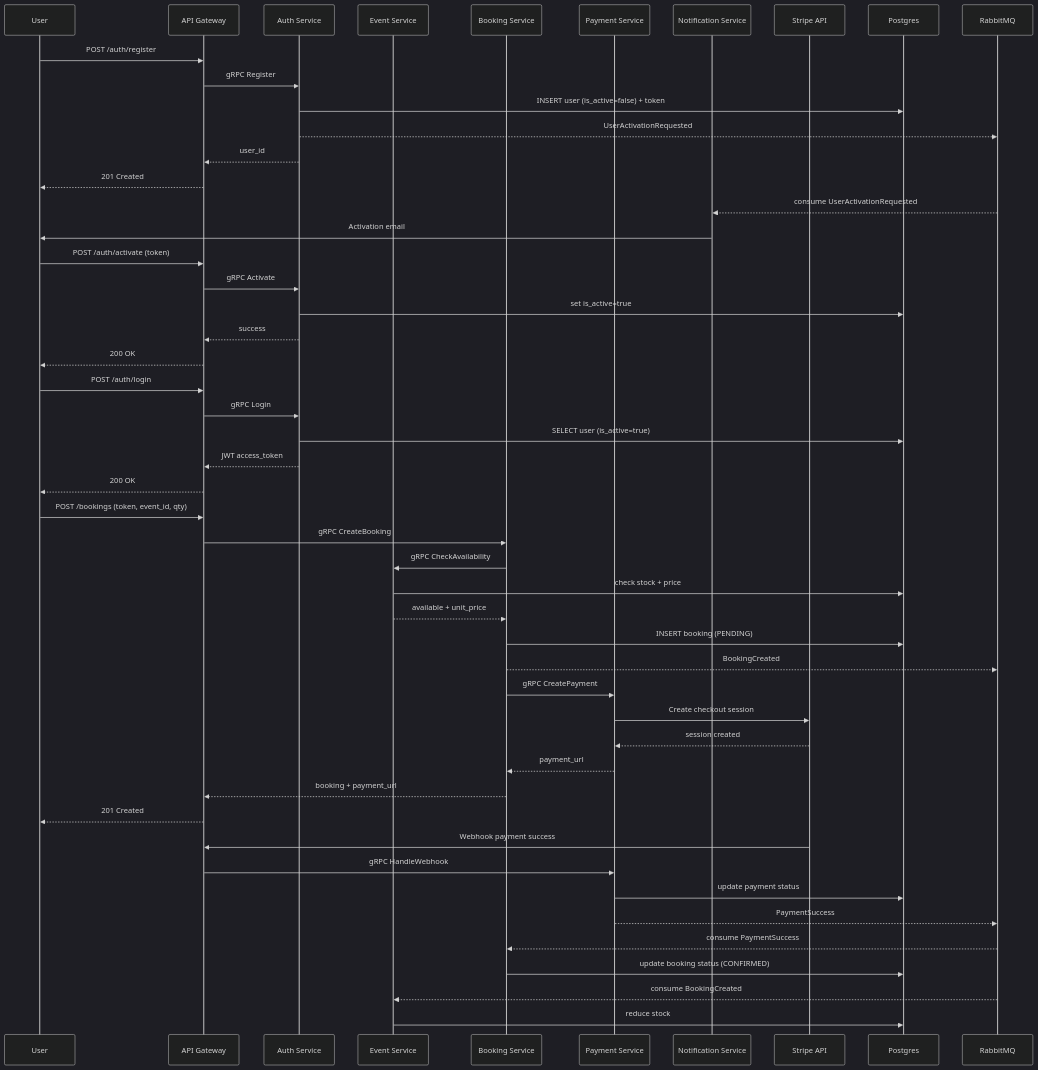
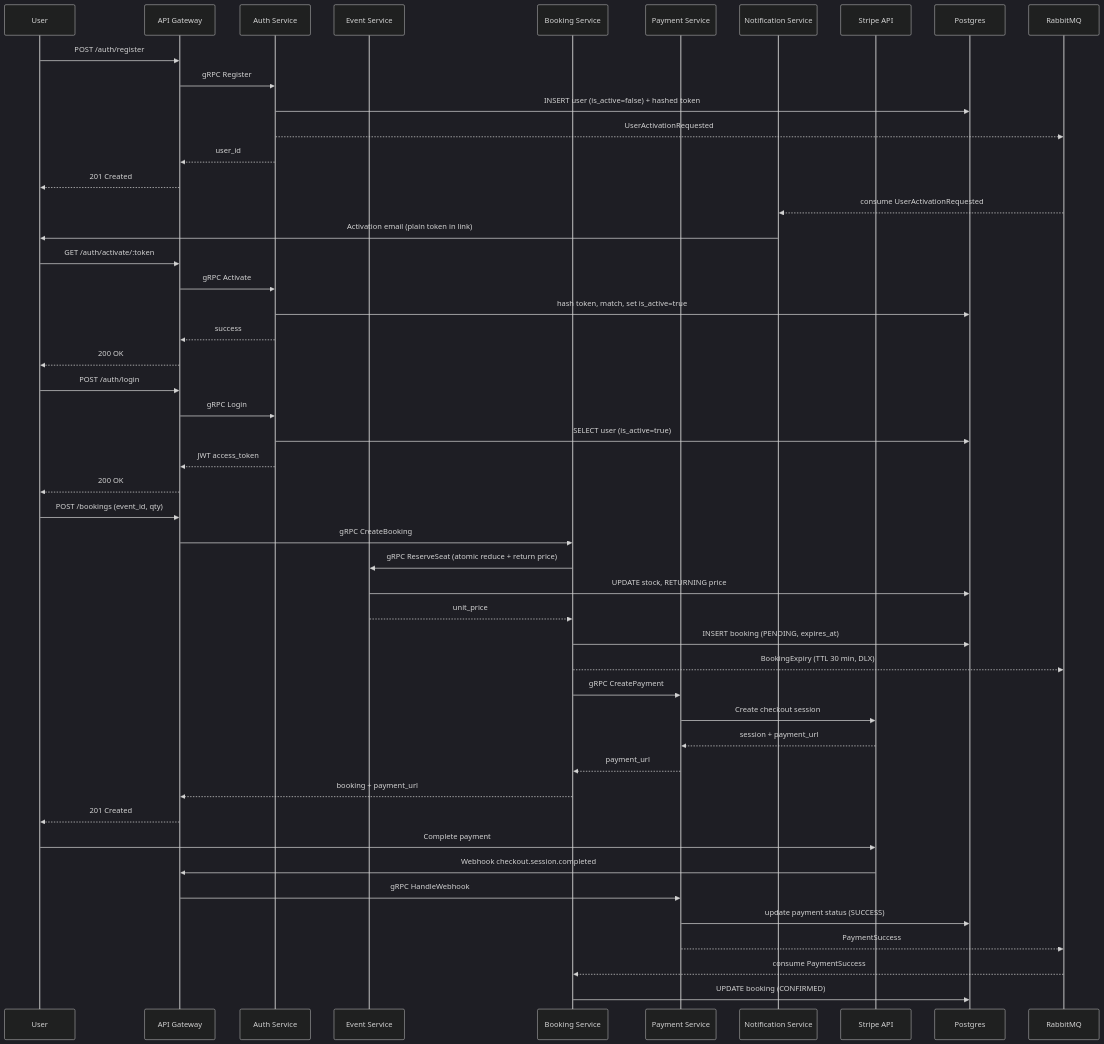
Before and after one commit to baobei23/e-ticket: the diagram in docs/flows/end-to-end-booking.md, drawn with Mermaid (dark theme). The commit also changed 5 other files, not shown here.

Commit message:
docs: update flow documentation

````diff
--- a/docs/flows/end-to-end-booking.md
+++ b/docs/flows/end-to-end-booking.md
@@ -3,60 +3,51 @@
 ```mermaid
 sequenceDiagram
   participant User as User
   participant APIGW as API Gateway
   participant Auth as Auth Service
   participant Event as Event Service
   participant Booking as Booking Service
   participant Payment as Payment Service
   participant Notif as Notification Service
   participant Stripe as Stripe API
   participant DB as Postgres
   participant MQ as RabbitMQ
-
   User ->> APIGW: POST /auth/register
   APIGW ->> Auth: gRPC Register
-  Auth ->> DB: INSERT user (is_active=false) + token
+  Auth ->> DB: INSERT user (is_active=false) + hashed token
   Auth -->> MQ: UserActivationRequested
   Auth -->> APIGW: user_id
   APIGW -->> User: 201 Created
-
   MQ -->> Notif: consume UserActivationRequested
-  Notif ->> User: Activation email
-
-  User ->> APIGW: POST /auth/activate (token)
+  Notif ->> User: Activation email (plain token in link)
+  User ->> APIGW: GET /auth/activate/:token
   APIGW ->> Auth: gRPC Activate
-  Auth ->> DB: set is_active=true
+  Auth ->> DB: hash token, match, set is_active=true
   Auth -->> APIGW: success
   APIGW -->> User: 200 OK
-
   User ->> APIGW: POST /auth/login
   APIGW ->> Auth: gRPC Login
   Auth ->> DB: SELECT user (is_active=true)
   Auth -->> APIGW: JWT access_token
   APIGW -->> User: 200 OK
-
-  User ->> APIGW: POST /bookings (token, event_id, qty)
+  User ->> APIGW: POST /bookings (event_id, qty)
   APIGW ->> Booking: gRPC CreateBooking
-  Booking ->> Event: gRPC CheckAvailability
-  Event ->> DB: check stock + price
-  Event -->> Booking: available + unit_price
-  Booking ->> DB: INSERT booking (PENDING)
-  Booking -->> MQ: BookingCreated
+  Booking ->> Event: gRPC ReserveSeat (atomic reduce + return price)
+  Event ->> DB: UPDATE stock, RETURNING price
+  Event -->> Booking: unit_price
+  Booking ->> DB: INSERT booking (PENDING, expires_at)
+  Booking -->> MQ: BookingExpiry (TTL 30 min, DLX)
   Booking ->> Payment: gRPC CreatePayment
   Payment ->> Stripe: Create checkout session
-  Stripe -->> Payment: session created
+  Stripe -->> Payment: session + payment_url
   Payment -->> Booking: payment_url
   Booking -->> APIGW: booking + payment_url
   APIGW -->> User: 201 Created
-
-  Stripe ->> APIGW: Webhook payment success
+  User ->> Stripe: Complete payment
+  Stripe ->> APIGW: Webhook checkout.session.completed
   APIGW ->> Payment: gRPC HandleWebhook
-  Payment ->> DB: update payment status
+  Payment ->> DB: update payment status (SUCCESS)
   Payment -->> MQ: PaymentSuccess
-
   MQ -->> Booking: consume PaymentSuccess
-  Booking ->> DB: update booking status (CONFIRMED)
-
-  MQ -->> Event: consume BookingCreated
-  Event ->> DB: reduce stock
+  Booking ->> DB: UPDATE booking (CONFIRMED)
 ```
````
